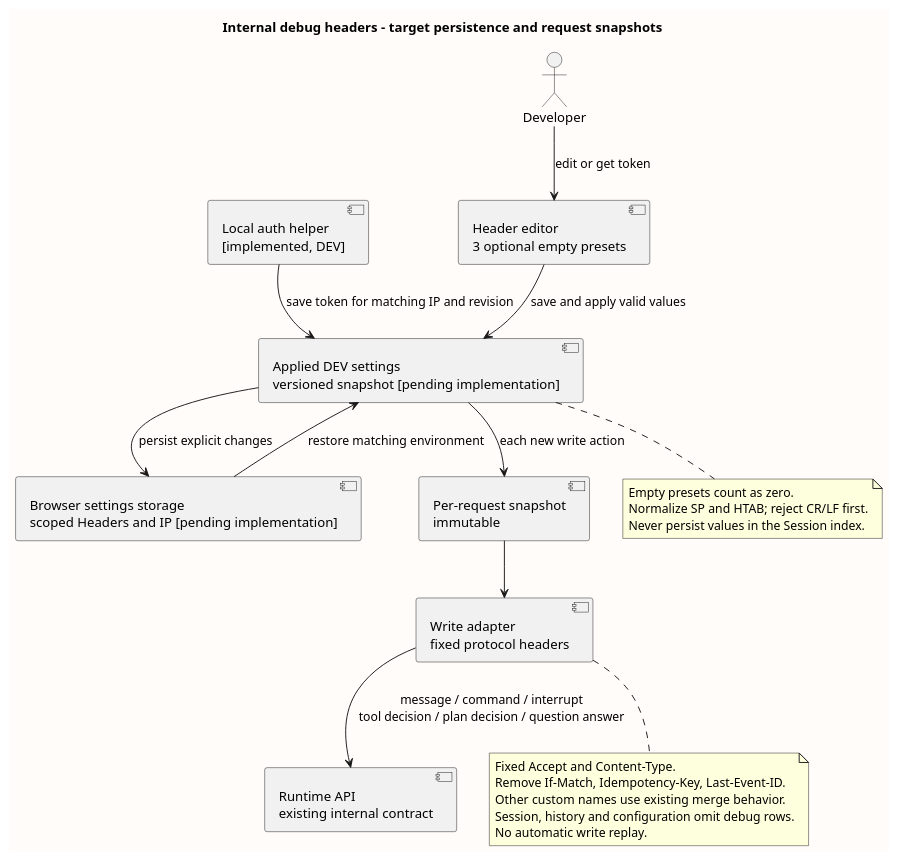
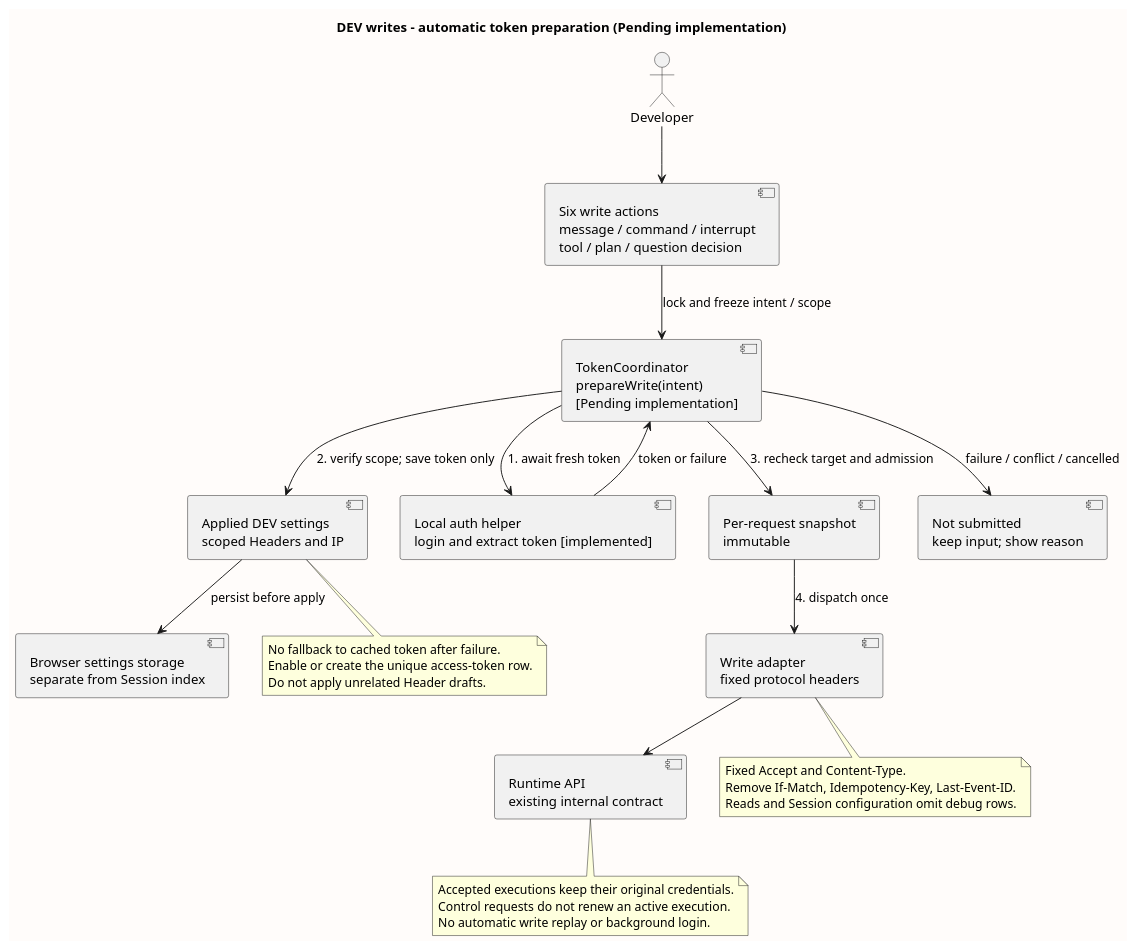
One commit to ssm0808/pi-mono-java-design changed the second of 8 diagrams in 07-前端设计/技术设计/diagram.puml. Above: the diagram before and after it, drawn with PlantUML. The commit also changed other lines of this file and 21 other files, not shown here.

Commit message:
docs(frontend): 设计发送前自动获取 access-token

```diff
--- a/07-前端设计/技术设计/diagram.puml
+++ b/07-前端设计/技术设计/diagram.puml
@@ -44,44 +44,48 @@
 @startuml frontend_debug_header_flow
-' Source baseline: pi-mono-java@9f785bea3ffff8f6566cd1b2727285af46a2aead
-' Previous UI baseline: 4cc8dd86f601417c22cf9306e52152acbb59bb60
-' Source evidence: frontend/src/components/DebugHeaders.vue snapshot
-' Source evidence: frontend/src/App.vue submit, executeCommand, stop, decideTool, decidePlan, answerQuestion
-' Source evidence: frontend/src/composables/useRuntimeApi.ts writeHeaders, submitStream, executeCommand
-' Observed behavior: each of six write actions freezes current valid custom headers.
-' Observed behavior: debugHeaders.ts validates whitespace; dev/authMiddleware.ts registers the DEV helper.
-' New evidence: pi-mono-java 1d08f98eb04f8ea6e01bcfbfd4008c1b638391c4; DebugHeaders.vue rows; useDebugAuth.ts ip.
-' Observed behavior: settings are memory-only; persistence and unified settings are pending implementation.
-' Design reason: saved configuration survives reload; edits cannot mutate an accepted execution.
-title Internal debug headers - target persistence and request snapshots
+' Source baseline: pi-mono-java 840d04405d2bcc80a41b9d3b3f16606cc4845338; main fetched 2026-09-19.
+' Source: frontend/src/App.vue submit, executeCommand, stop, decideTool, decidePlan, answerQuestion.
+' Source: frontend/src/composables/useDeveloperSettings.ts getToken, snapshotHeaders, tokenExpectationMatches.
+' Source: frontend/dev/authMiddleware.ts createAuthMiddleware; dev/authCenter.ts loginAuthCenter.
+' Observed behavior: manual token retrieval and scoped persistence exist; writes take synchronous snapshots.
+' Design reason: obtain a fresh token before each write; fail before dispatch rather than reuse an old token.
+' Pending implementation: automatic preparation, operation ownership, and target revalidation.
+title DEV writes - automatic token preparation (Pending implementation)
 top to bottom direction
 skinparam backgroundColor #FFFCFA
 skinparam shadowing false
-component "Header editor\n3 optional empty presets" as Editor
-component "Applied DEV settings\nversioned snapshot [pending implementation]" as Store
-component "Browser settings storage\nscoped Headers and IP [pending implementation]" as ConfigStorage
+actor Developer
+component "Six write actions\nmessage / command / interrupt\ntool / plan / question decision" as Action
+component "TokenCoordinator\nprepareWrite(intent)\n[Pending implementation]" as Prepare
+component "Applied DEV settings\nscoped Headers and IP" as Store
+component "Browser settings storage\nseparate from Session index" as Storage
+component "Local auth helper\nlogin and extract token [implemented]" as Auth
 component "Per-request snapshot\nimmutable" as Snapshot
 component "Write adapter\nfixed protocol headers" as Adapter
 component "Runtime API\nexisting internal contract" as Runtime
-component "Local auth helper\n[implemented, DEV]" as Auth
-actor Developer
-Developer --> Editor : edit or get token
-Auth --> Store : save token for matching IP and revision
-Editor --> Store : save and apply valid values
-Store --> ConfigStorage : persist explicit changes
-ConfigStorage --> Store : restore matching environment
-Store --> Snapshot : each new write action
-Snapshot --> Adapter
-Adapter --> Runtime : message / command / interrupt\ntool decision / plan decision / question answer
+component "Not submitted\nkeep input; show reason" as Failure
+Developer --> Action
+Action --> Prepare : lock and freeze intent / scope
+Prepare --> Auth : 1. await fresh token
+Auth --> Prepare : token or failure
+Prepare --> Store : 2. verify scope; save token only
+Store --> Storage : persist before apply
+Prepare --> Snapshot : 3. recheck target and admission
+Prepare --> Failure : failure / conflict / cancelled
+Snapshot --> Adapter : 4. dispatch once
+Adapter --> Runtime
 note bottom of Store
-  Empty presets count as zero.
-  Normalize SP and HTAB; reject CR/LF first.
-  Never persist values in the Session index.
+  No fallback to cached token after failure.
+  Enable or create the unique access-token row.
+  Do not apply unrelated Header drafts.
+end note
+note bottom of Runtime
+  Accepted executions keep their original credentials.
+  Control requests do not renew an active execution.
+  No automatic write replay or background login.
 end note
 note bottom of Adapter
   Fixed Accept and Content-Type.
   Remove If-Match, Idempotency-Key, Last-Event-ID.
-  Other custom names use existing merge behavior.
-  Session, history and configuration omit debug rows.
-  No automatic write replay.
+  Reads and Session configuration omit debug rows.
 end note
 @enduml
```
